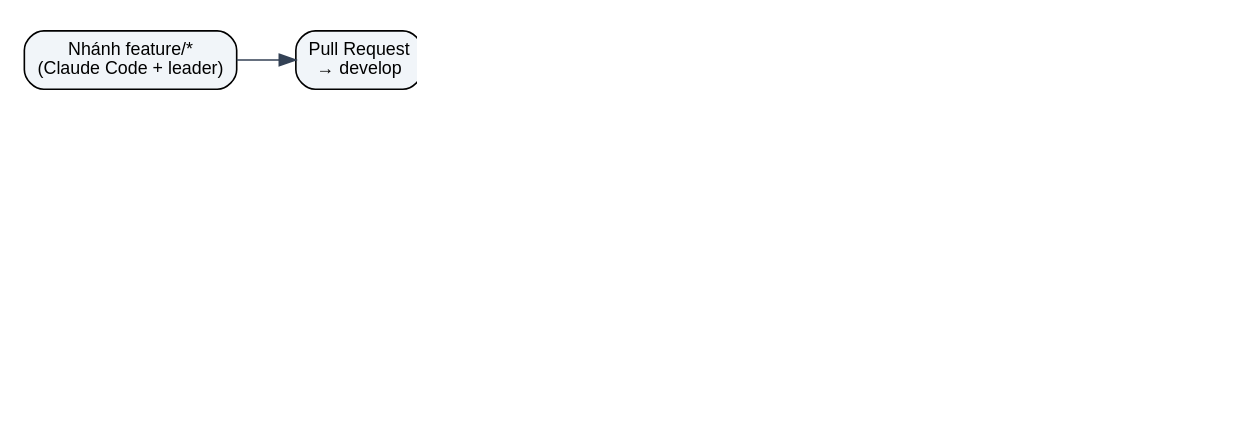
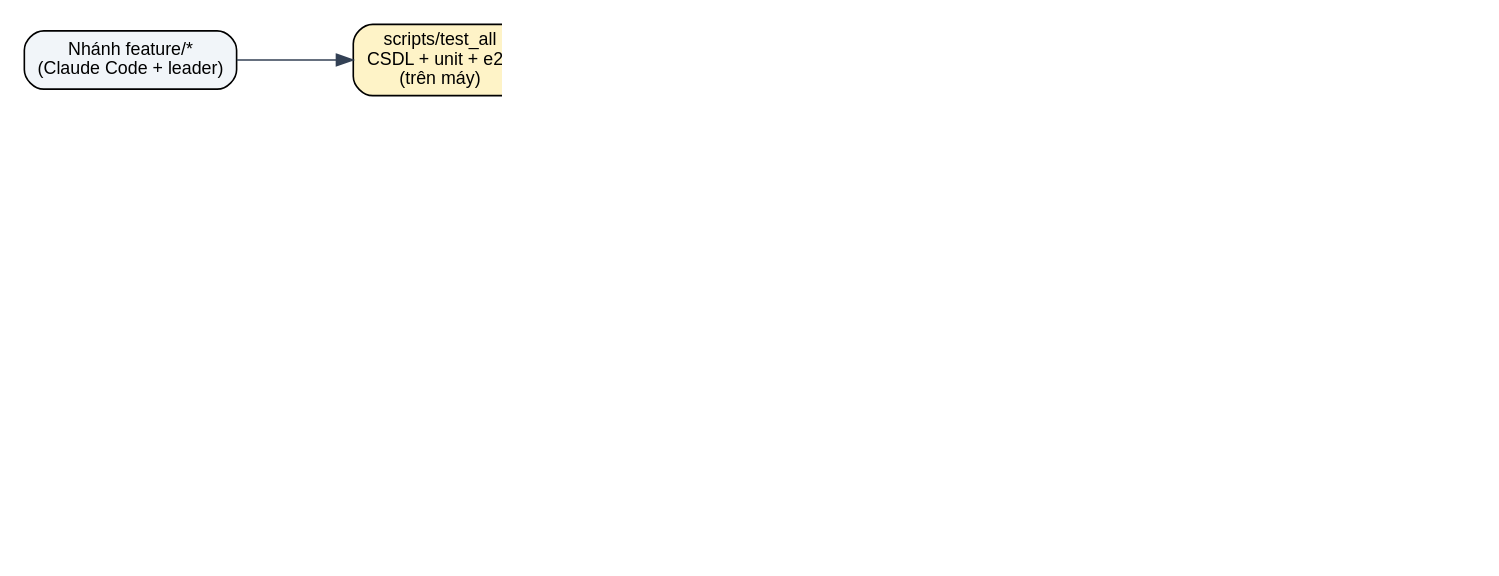
One commit to nhutruong-uit/imcp changed the diagram in docs/report/diagrams/cicd.dot. Above: the diagram before and after it, drawn with Graphviz. The commit also changed 7 other files, not shown here.

First line of the commit message:
ci: run only on develop merges and PRs into main; Windows Qt Test logs

```diff
--- a/docs/report/diagrams/cicd.dot
+++ b/docs/report/diagrams/cicd.dot
@@ -1,18 +1,24 @@
 // Quy trình CI/CD
 digraph CICD {
   graph [rankdir=TB, fontname="Arial", dpi=220, pad=0.2, nodesep=0.5, ranksep=0.45];
   node  [fontname="Arial", fontsize=11, shape=box, style="rounded,filled", fillcolor="#F1F5F9"];
   edge  [color="#334155", fontname="Arial", fontsize=9];
-  dev [label="Nhánh feature/*\n(Claude Code + leader)"]; pr [label="Pull Request\n→ develop"];
+  dev [label="Nhánh feature/*\n(Claude Code + leader)"];
+  local [label="scripts/test_all\nCSDL + unit + e2e\n(trên máy)", fillcolor="#FEF3C7"];
+  pr [label="Pull Request\n→ develop"];
+  develop [label="merge vào develop"];
   ci [label="CI (ci.yml)\nbuild + unit test\nmacOS & Windows", fillcolor="#DBEAFE"];
-  develop [label="develop"]; prm [label="PR develop → main\n(nhóm trưởng duyệt)"];
-  rel [label="Release (release.yml)", fillcolor="#C7D2FE"];
+  prm [label="PR develop → main"];
+  cim [label="CI bắt buộc xanh\n(branch protection)", fillcolor="#DBEAFE"];
+  rel [label="Release (release.yml)\nkhi merge vào main", fillcolor="#C7D2FE"];
   mac [label="macOS: macdeployqt\n+ FreeTDS, ký ad-hoc\n→ .dmg", fillcolor="#DBEAFE"];
   win [label="Windows: windeployqt\n+ Inno Setup\n→ setup.exe, .zip", fillcolor="#DBEAFE"];
   gh [label="GitHub Release\nvX.Y.Z-build.N\n(giảng viên tải về)", fillcolor="#DCFCE7"];
-  {rank=same; dev; pr; ci;}
-  {rank=same; develop; prm; rel;}
+  {rank=same; dev; local; pr;}
+  {rank=same; develop; ci;}
+  {rank=same; prm; cim; rel;}
   {rank=same; mac; win;}
-  dev -> pr -> ci; ci -> develop [constraint=false]; ci -> develop [style=invis]; develop -> prm -> rel;
+  dev -> local -> pr; pr -> develop; develop -> ci [label=" tự chạy"];
+  develop -> prm -> cim -> rel;
   rel -> mac; rel -> win; mac -> gh; win -> gh;
 }
```
